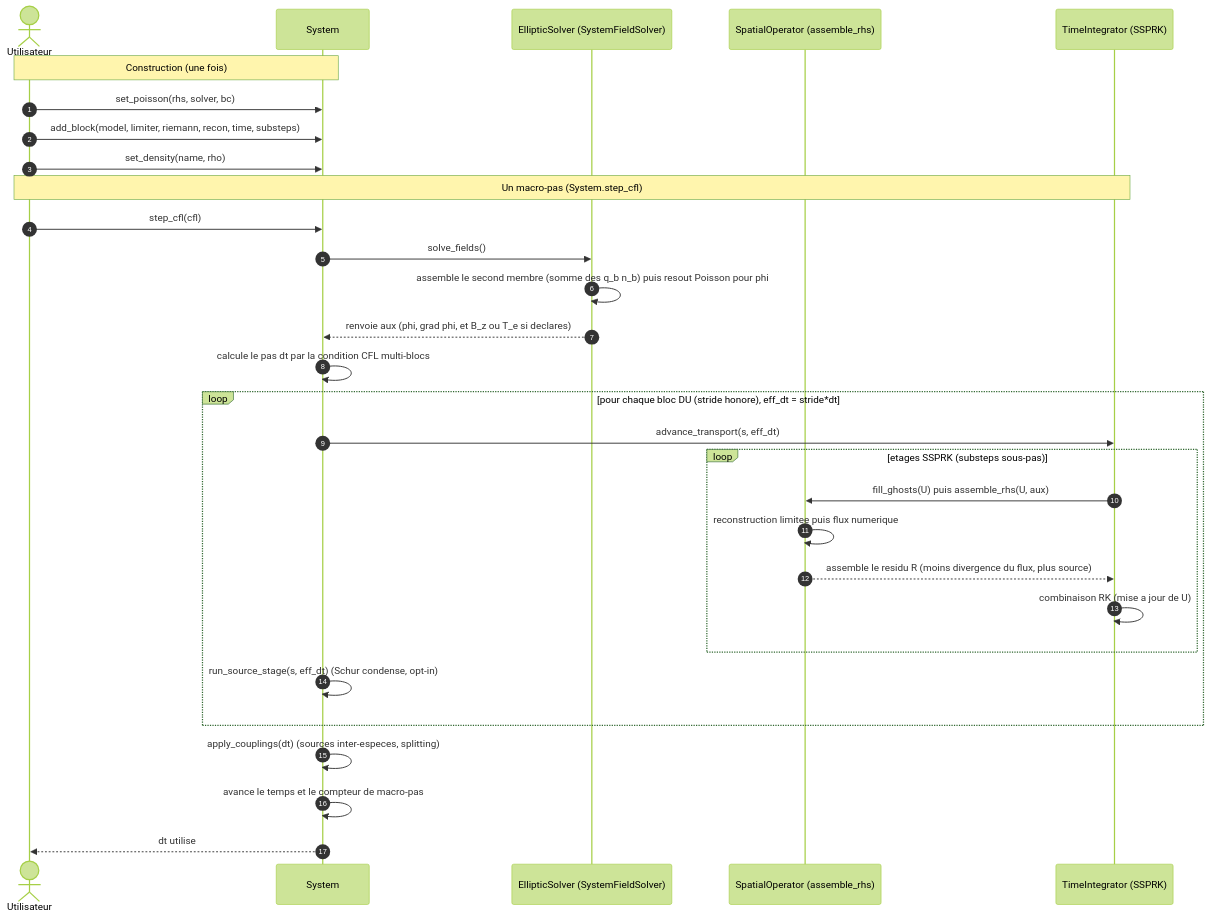
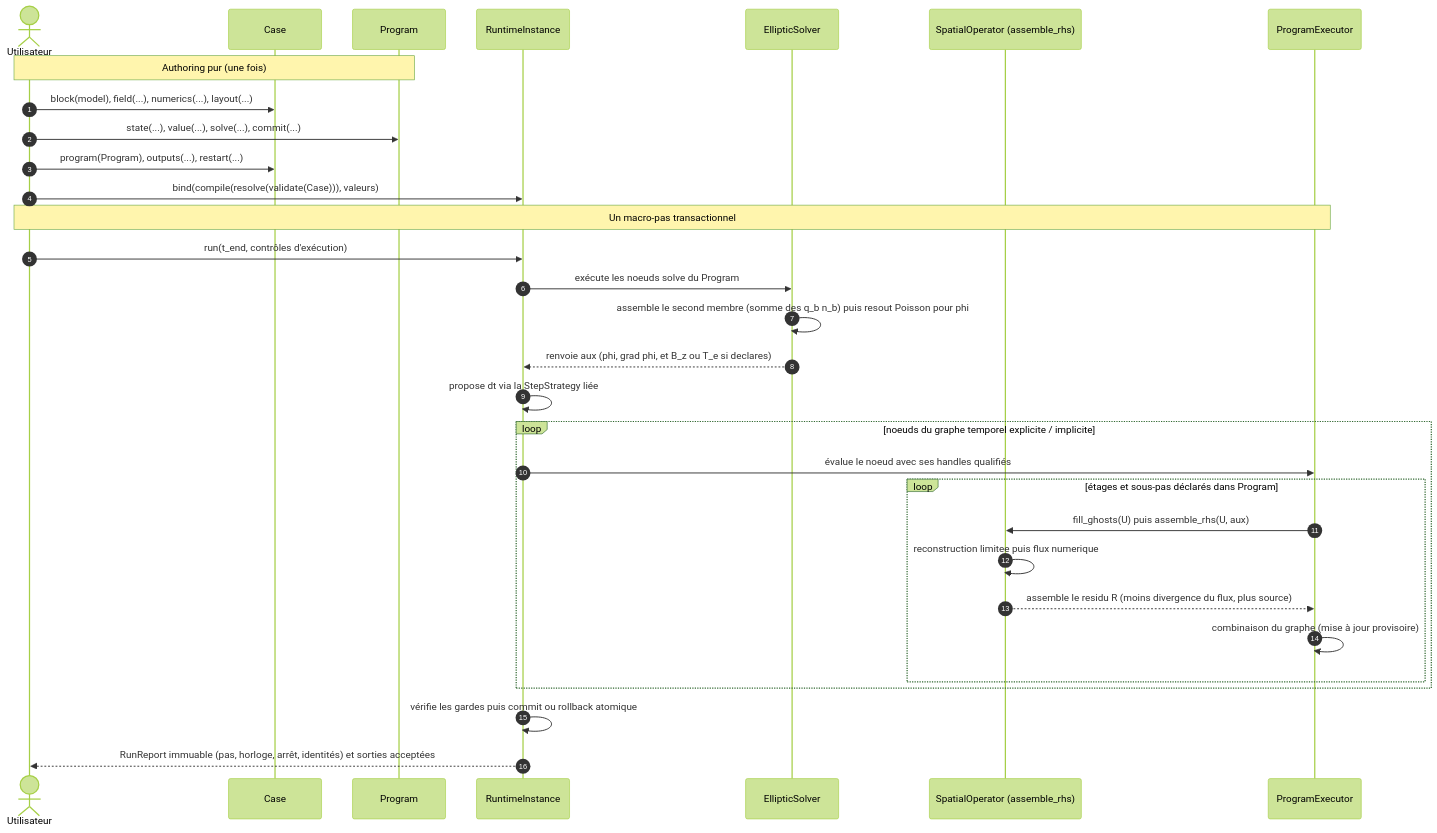
Before and after one commit to wolf75222/PoPS: the third of 4 diagrams in docs/ARCHITECTURE.md, drawn with Mermaid (forest theme). The commit also changed other lines of this file and 1600 other files, not shown here.

````diff
--- a/docs/ARCHITECTURE.md
+++ b/docs/ARCHITECTURE.md
@@ -359,35 +435,36 @@
 ```mermaid
 sequenceDiagram
     autonumber
     actor Utilisateur
-    participant System
-    participant EllipticSolver as EllipticSolver (SystemFieldSolver)
+    participant Case
+    participant Program
+    participant Runtime as RuntimeInstance
+    participant EllipticSolver as EllipticSolver
     participant SpatialOperator as SpatialOperator (assemble_rhs)
-    participant TimeIntegrator as TimeIntegrator (SSPRK)
+    participant Executor as ProgramExecutor
 
-    Note over Utilisateur,System: Construction (une fois)
-    Utilisateur->>System: set_poisson(rhs, solver, bc)
-    Utilisateur->>System: add_block(model, limiter, riemann, recon, time, substeps)
-    Utilisateur->>System: set_density(name, rho)
+    Note over Utilisateur,Program: Authoring pur (une fois)
+    Utilisateur->>Case: block(model), field(...), numerics(...), layout(...)
+    Utilisateur->>Program: state(...), value(...), solve(...), commit(...)
+    Utilisateur->>Case: program(Program), outputs(...), restart(...)
+    Utilisateur->>Runtime: bind(compile(resolve(validate(Case))), valeurs)
 
-    Note over Utilisateur,TimeIntegrator: Un macro-pas (System.step_cfl)
-    Utilisateur->>System: step_cfl(cfl)
-    System->>EllipticSolver: solve_fields()
+    Note over Utilisateur,Executor: Un macro-pas transactionnel
+    Utilisateur->>Runtime: run(t_end, contrôles d'exécution)
+    Runtime->>EllipticSolver: exécute les noeuds solve du Program
     EllipticSolver->>EllipticSolver: assemble le second membre (somme des q_b n_b) puis resout Poisson pour phi
-    EllipticSolver-->>System: renvoie aux (phi, grad phi, et B_z ou T_e si declares)
-    System->>System: calcule le pas dt par la condition CFL multi-blocs
+    EllipticSolver-->>Runtime: renvoie aux (phi, grad phi, et B_z ou T_e si declares)
+    Runtime->>Runtime: propose dt via la StepStrategy liée
 
-    loop pour chaque bloc DU (stride honore), eff_dt = stride*dt
-        System->>TimeIntegrator: advance_transport(s, eff_dt)
-        loop etages SSPRK (substeps sous-pas)
-            TimeIntegrator->>SpatialOperator: fill_ghosts(U) puis assemble_rhs(U, aux)
+    loop noeuds du graphe temporel explicite / implicite
+        Runtime->>Executor: évalue le noeud avec ses handles qualifiés
+        loop étages et sous-pas déclarés dans Program
+            Executor->>SpatialOperator: fill_ghosts(U) puis assemble_rhs(U, aux)
             SpatialOperator->>SpatialOperator: reconstruction limitee puis flux numerique
-            SpatialOperator-->>TimeIntegrator: assemble le residu R (moins divergence du flux, plus source)
-            TimeIntegrator->>TimeIntegrator: combinaison RK (mise a jour de U)
+            SpatialOperator-->>Executor: assemble le residu R (moins divergence du flux, plus source)
+            Executor->>Executor: combinaison du graphe (mise à jour provisoire)
         end
-        System->>System: run_source_stage(s, eff_dt) (Schur condense, opt-in)
     end
-    System->>System: apply_couplings(dt) (sources inter-especes, splitting)
-    System->>System: avance le temps et le compteur de macro-pas
-    System-->>Utilisateur: dt utilise
+    Runtime->>Runtime: vérifie les gardes puis commit ou rollback atomique
+    Runtime-->>Utilisateur: RunReport immuable (pas, horloge, arrêt, identités) et sorties acceptées
 ```
````
